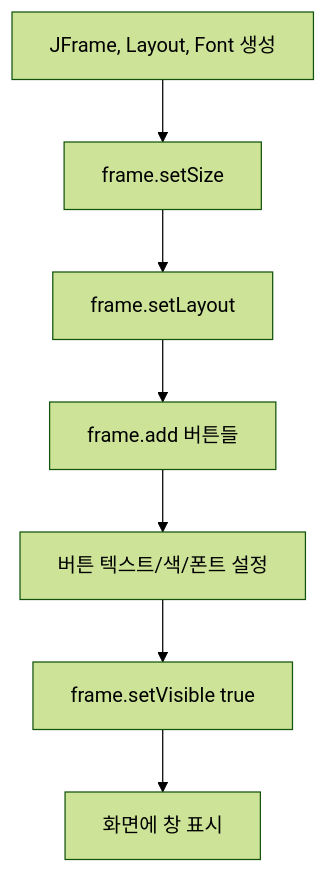
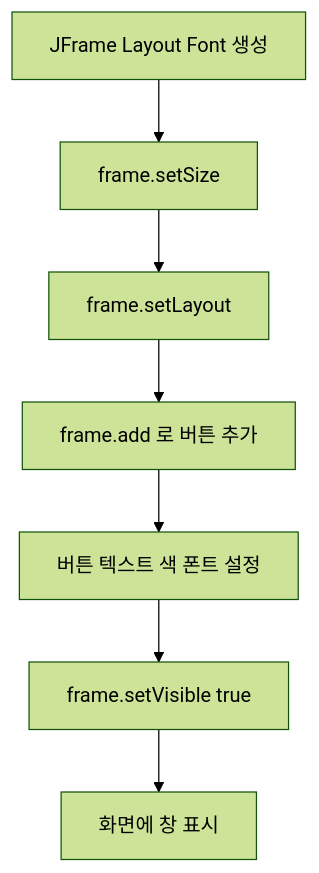
One commit to metaapple/kb7-java changed the third of 4 diagrams in day5-static/README.md. Above: the diagram before and after it, drawn with Mermaid (forest theme). The commit also changed other lines of this file, not shown here.

````diff
--- a/day5-static/README.md
+++ b/day5-static/README.md
@@ -363,9 +363,9 @@
 ```mermaid
 flowchart TD
-    A[JFrame, Layout, Font 생성] --> B[frame.setSize]
-    B --> C[frame.setLayout]
-    C --> D[frame.add 버튼들]
-    D --> E[버튼 텍스트/색/폰트 설정]
-    E --> F[frame.setVisible true]
-    F --> G[화면에 창 표시]
+    A["JFrame Layout Font 생성"] --> B["frame.setSize"]
+    B --> C["frame.setLayout"]
+    C --> D["frame.add 로 버튼 추가"]
+    D --> E["버튼 텍스트 색 폰트 설정"]
+    E --> F["frame.setVisible true"]
+    F --> G["화면에 창 표시"]
 ```
````
